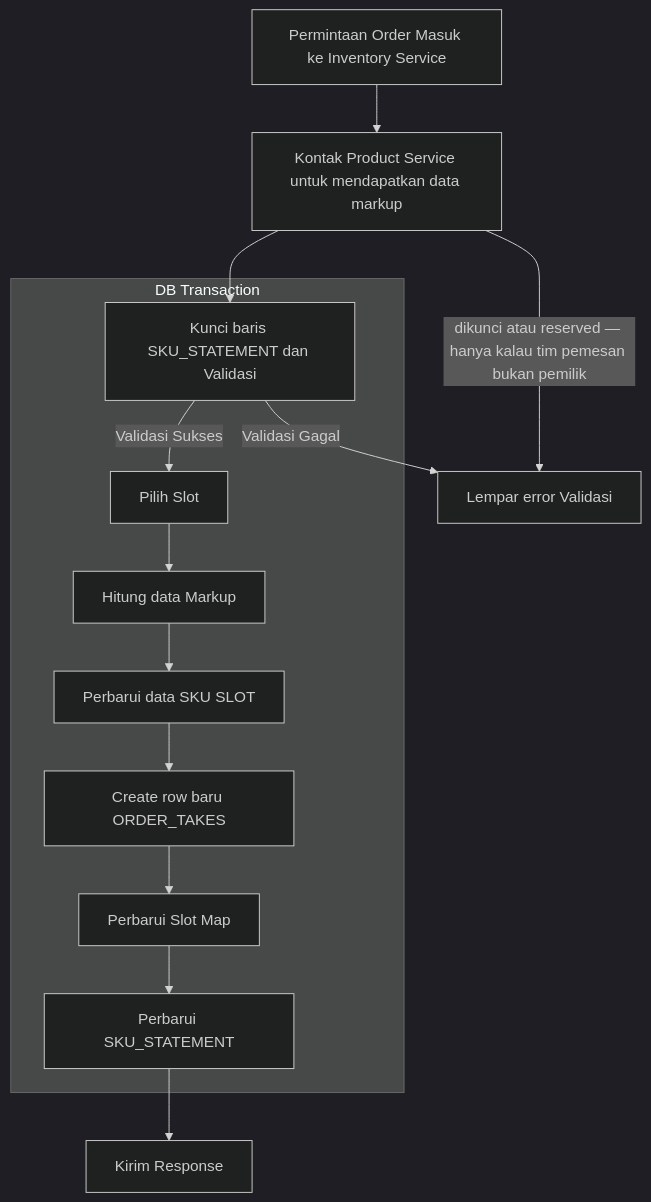
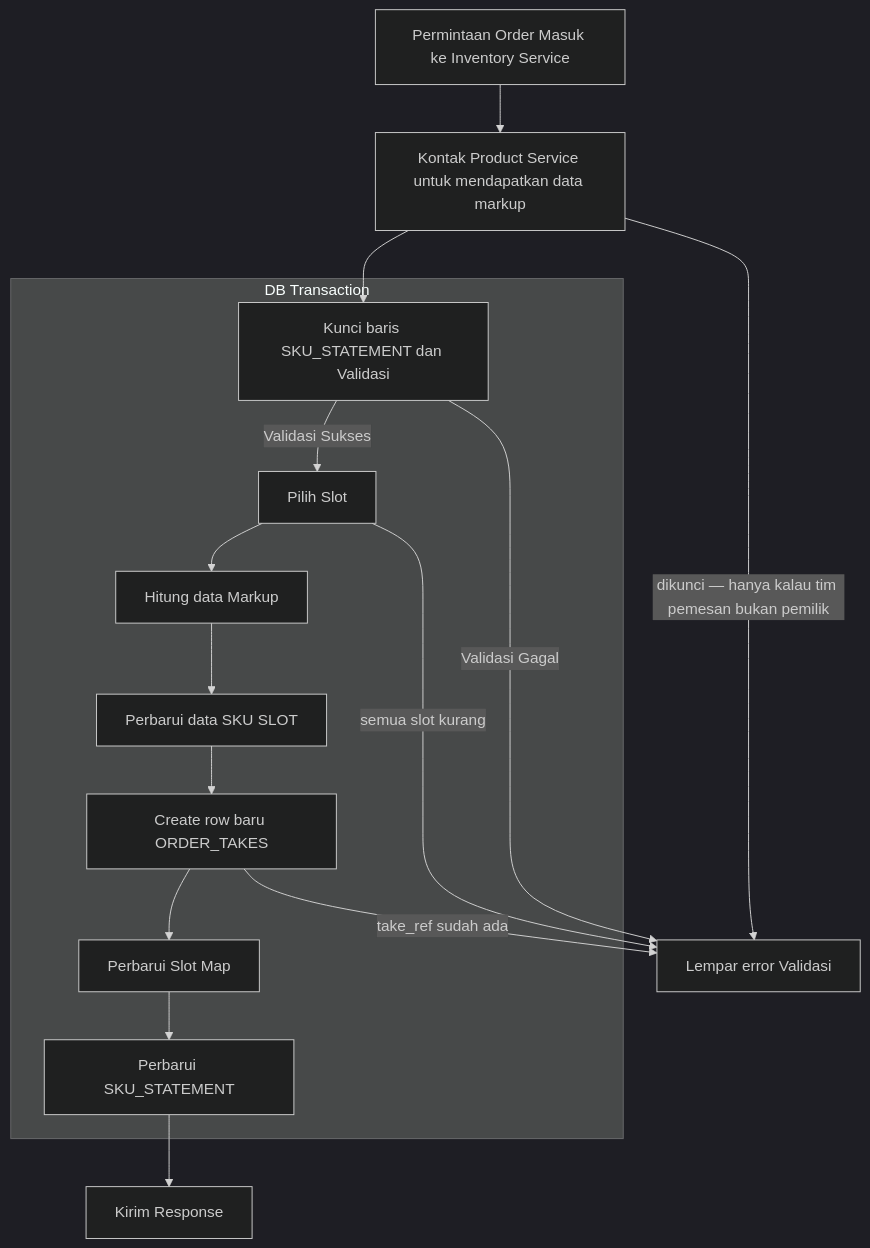
One commit to pdcgo/warehouse_revamp changed the first of 2 diagrams in docs/business/stock_thoni/order_creation_provide.md. Above: the diagram before and after it, drawn with Mermaid (dark theme). The commit also changed other lines of this file and 7 other files, not shown here.

````diff
--- a/docs/business/stock_thoni/order_creation_provide.md
+++ b/docs/business/stock_thoni/order_creation_provide.md
@@ -5,28 +5,30 @@
 ```mermaid
 
 flowchart TB
 
     reqIn[Permintaan Order Masuk ke Inventory Service]
 
     reqToProdService[Kontak Product Service untuk mendapatkan data markup]
 
     subgraph "DB Transaction"
         lockIn[Kunci baris SKU_STATEMENT dan Validasi]
         choose[Pilih Slot]
         calculation[Hitung data Markup]
         updateSkuSlot[Perbarui data SKU SLOT]
         createOrder[Create row baru ORDER_TAKES]
         updateSlotMap[Perbarui Slot Map]
         updateSkuStmt[Perbarui SKU_STATEMENT]
     end
 
     errorIn[Lempar error Validasi]
     sendRes[Kirim Response]
 
     reqIn --> reqToProdService --> lockIn
     lockIn --Validasi Gagal--> errorIn
     lockIn --Validasi Sukses--> choose --> calculation --> updateSkuSlot --> createOrder --> updateSlotMap --> updateSkuStmt --> sendRes
+    choose --semua slot kurang--> errorIn
 
-    reqToProdService --dikunci atau reserved — hanya kalau tim pemesan bukan pemilik--> errorIn
+    reqToProdService --dikunci — hanya kalau tim pemesan bukan pemilik--> errorIn
+    createOrder --take_ref sudah ada--> errorIn
 
 ```
````
